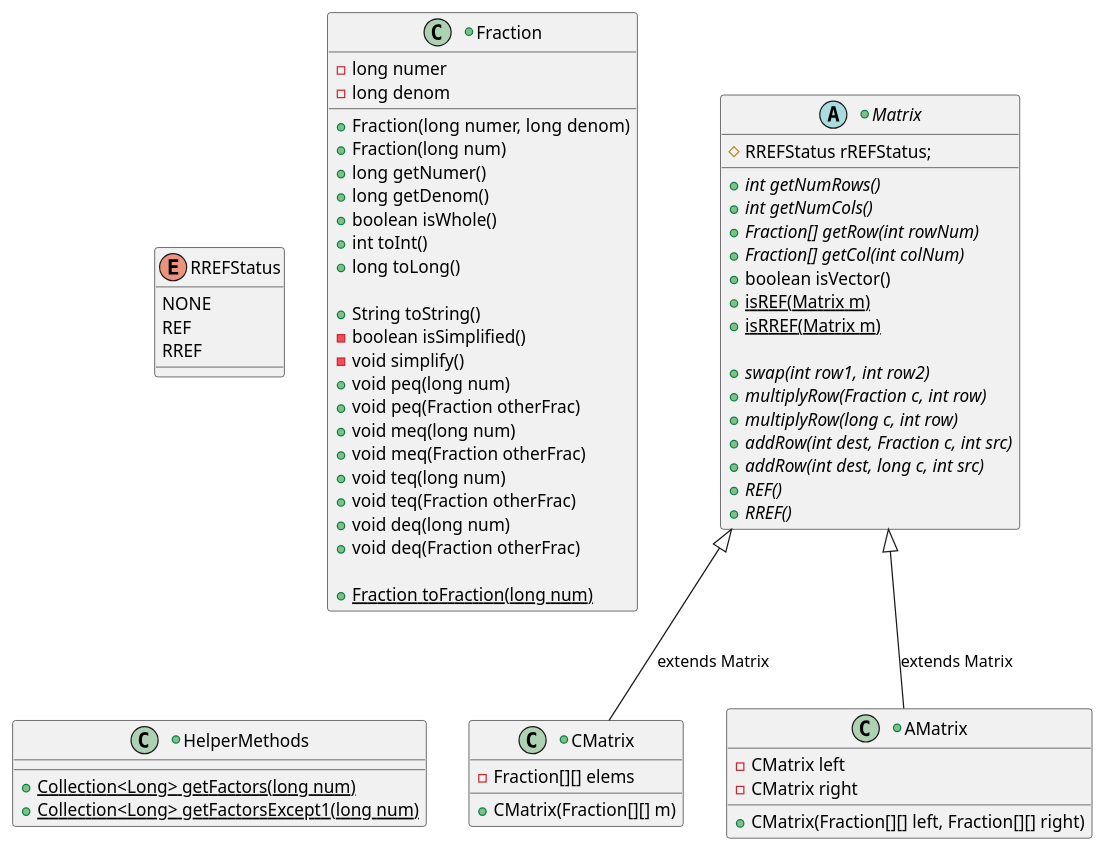
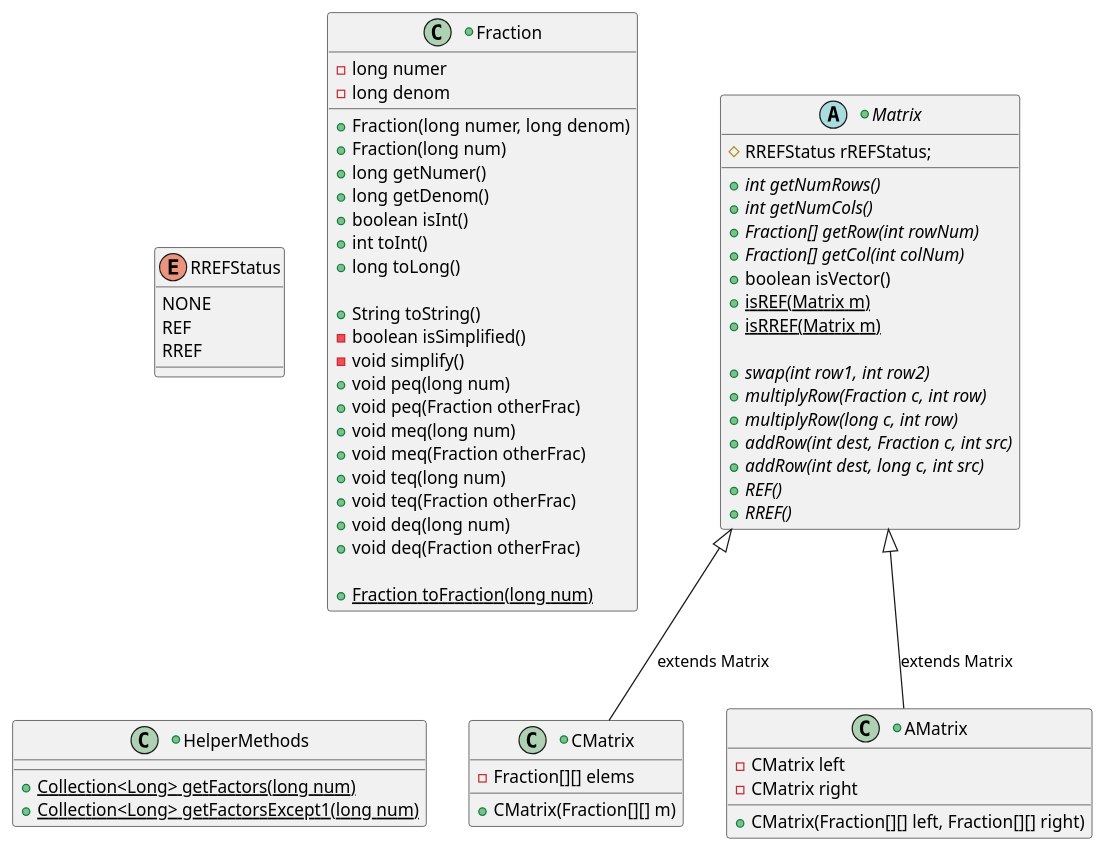
Before and after one commit to matthewjpark/LinAlg: the diagram in UML.wsd, drawn with PlantUML. The commit also changed 6 other files, not shown here.

```diff
--- a/UML.wsd
+++ b/UML.wsd
@@ -1,77 +1,77 @@
 @startuml UML
 +abstract class Matrix {
     #RREFStatus rREFStatus;
 
     +{abstract} int getNumRows()
     +{abstract} int getNumCols()
     +{abstract} Fraction[] getRow(int rowNum)
     +{abstract} Fraction[] getCol(int colNum)
     +boolean isVector()
     +{static} isREF(Matrix m)
     +{static} isRREF(Matrix m)
 
     +{abstract} swap(int row1, int row2)
     +{abstract} multiplyRow(Fraction c, int row)
     +{abstract} multiplyRow(long c, int row)
     +{abstract} addRow(int dest, Fraction c, int src)
     +{abstract} addRow(int dest, long c, int src)
     +{abstract} REF()
     +{abstract} RREF()
 }
 +class CMatrix {
     -Fraction[][] elems
 
     +CMatrix(Fraction[][] m)
 }
 Matrix <|-- AMatrix : extends Matrix
 Matrix <|-- CMatrix : extends Matrix
 +class AMatrix {
     -CMatrix left
     -CMatrix right
 
     +CMatrix(Fraction[][] left, Fraction[][] right)
 }
 enum RREFStatus {
     NONE
     REF
     RREF
 }
 
 +class Fraction {
     'numerator
     -long numer
     -long denom
     +Fraction(long numer, long denom)
     +Fraction(long num)
 
 
     +long getNumer()
     +long getDenom()
-    +boolean isWhole()
+    +boolean isInt()
     'only if it can be an int
     +int toInt()
     +long toLong()
 
     +String toString()
     -boolean isSimplified()
     -void simplify()
     'Fraction += long
     +void peq(long num)
     +void peq(Fraction otherFrac)
     +void meq(long num)
     +void meq(Fraction otherFrac)
     'Fraction *= long
     +void teq(long num)
     +void teq(Fraction otherFrac)
     'Fraction /= long
     +void deq(long num)
     +void deq(Fraction otherFrac)
 
     +{static} Fraction toFraction(long num)
 }
 +class HelperMethods {
     +{static} Collection<Long> getFactors(long num)
     +{static} Collection<Long> getFactorsExcept1(long num)
 }
 
 @enduml
```
